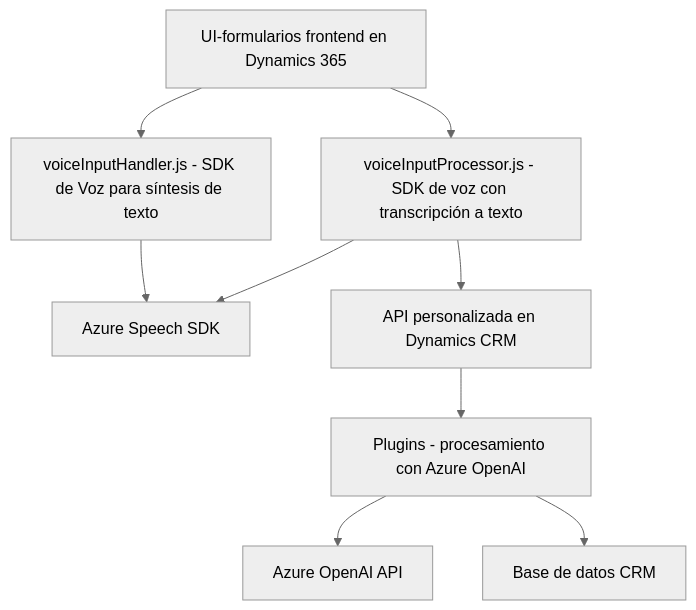
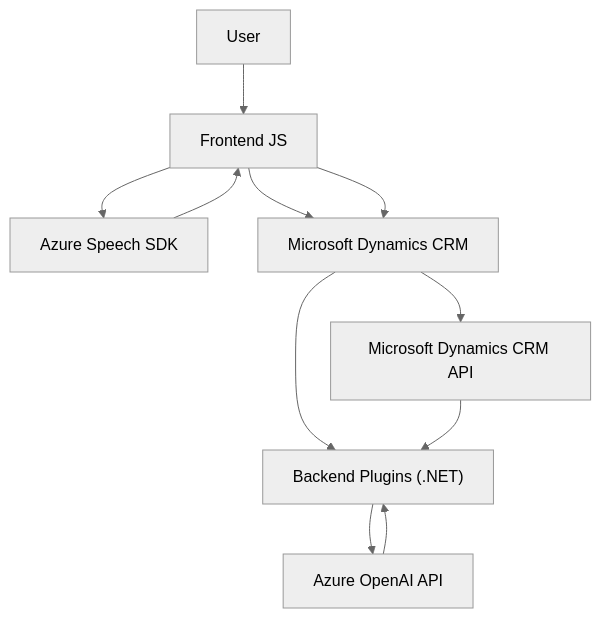
One commit to blopezdm/NETCORE_BILBAO2025 changed the diagram in README.md. Above: the diagram before and after it, drawn with Mermaid (neutral theme). The commit also changed other lines of this file, not shown here.

Commit message:
Actualizar análisis global de la solución con IA

````diff
--- a/README.md
+++ b/README.md
@@ -39,20 +35,13 @@
-```mermaid
-graph TD
-    A["UI-formularios frontend en Dynamics 365"]
-    B["voiceInputHandler.js - SDK de Voz para síntesis de texto"]
-    C["voiceInputProcessor.js - SDK de voz con transcripción a texto"]
-    D["Plugins - procesamiento con Azure OpenAI"]
-    E["API personalizada en Dynamics CRM"]
-    F["Azure Speech SDK"]
-    G["Azure OpenAI API"]
-    H["Base de datos CRM"]
-
-    A --> B
-    A --> C
-    B --> F
-    C --> F
-    C --> E
-    E --> D
-    D --> G
-    D --> H
-```
+```mermaid  
+graph TD  
+    A["User"] --> B["Frontend JS"]  
+    B --> C["Azure Speech SDK"]  
+    B --> D["Microsoft Dynamics CRM"]  
+    D --> E["Backend Plugins (.NET)"]  
+    E --> F["Azure OpenAI API"]  
+    D --> G["Microsoft Dynamics CRM API"]  
+    C --> B  
+    F --> E  
+    G --> E  
+    B --> D  
+```  
````
